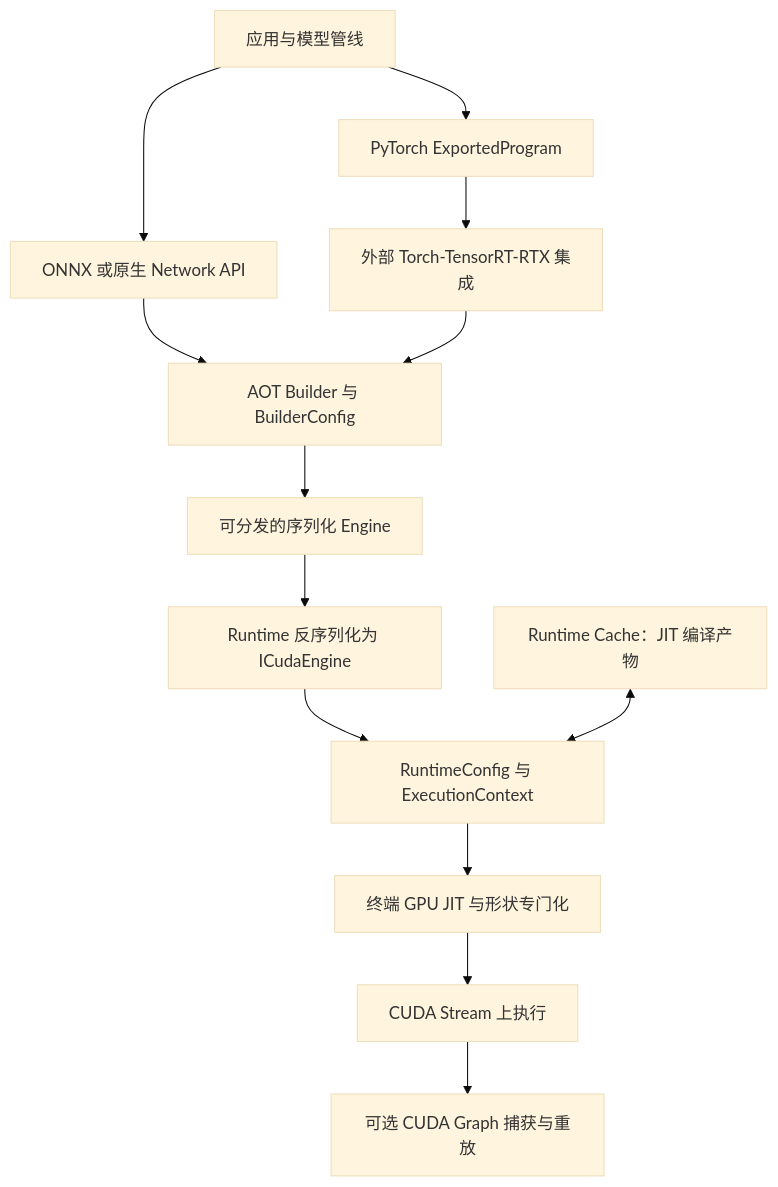
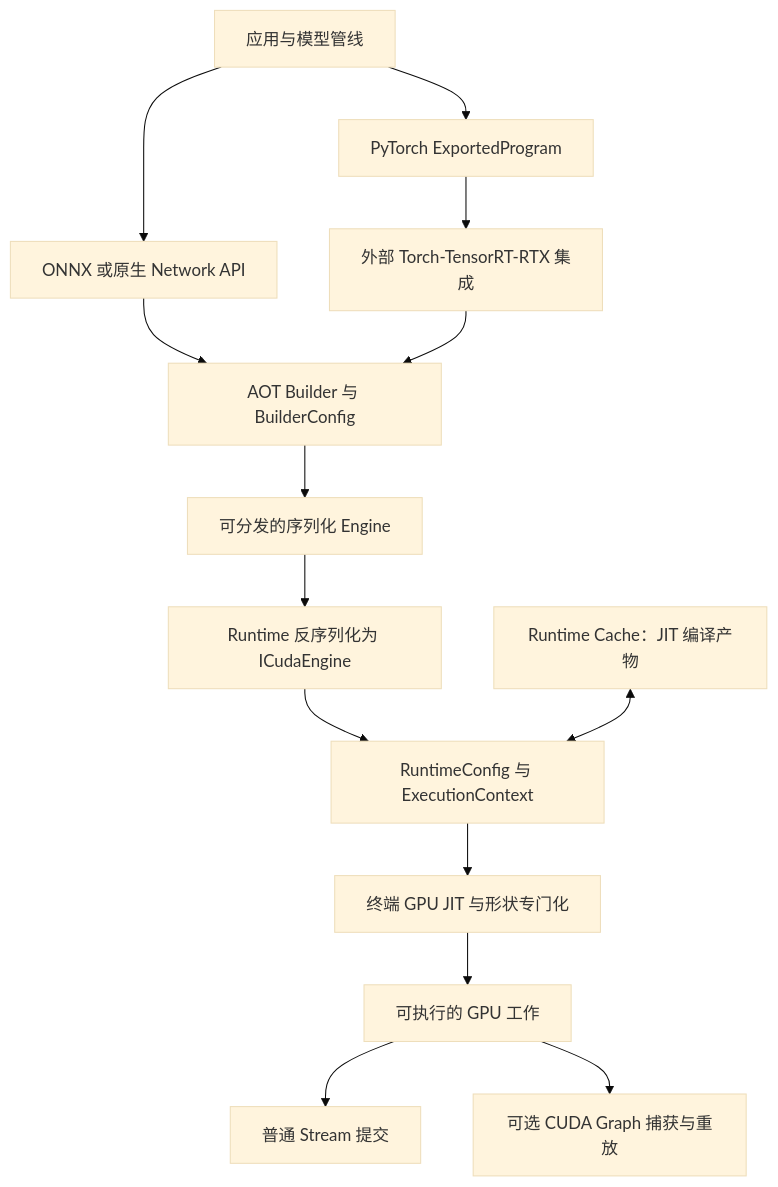
The diagram in nvidia/docs/tensorrt-rtx-architecture.md (yyl123456/vllm-accelerators-research), drawn with Mermaid (base theme) before and after one commit. The commit also changed other lines of this file and 1 other file, not shown here.

Commit message:
docs(nvidia): deepen TensorRT RTX runtime and pipeline architecture

````diff
--- a/nvidia/docs/tensorrt-rtx-architecture.md
+++ b/nvidia/docs/tensorrt-rtx-architecture.md
@@ -32,15 +32,16 @@
 ```mermaid
 flowchart TD
     A[应用与模型管线] --> B[ONNX 或原生 Network API]
     A --> C[PyTorch ExportedProgram]
     C --> D[外部 Torch-TensorRT-RTX 集成]
     B --> E[AOT Builder 与 BuilderConfig]
     D --> E
     E --> F[可分发的序列化 Engine]
     F --> G[Runtime 反序列化为 ICudaEngine]
     G --> H[RuntimeConfig 与 ExecutionContext]
     I[Runtime Cache：JIT 编译产物] <--> H
     H --> J[终端 GPU JIT 与形状专门化]
-    J --> K[CUDA Stream 上执行]
-    K --> L[可选 CUDA Graph 捕获与重放]
+    J --> K[可执行的 GPU 工作]
+    K --> L[普通 Stream 提交]
+    K --> M[可选 CUDA Graph 捕获与重放]
 ```
````
